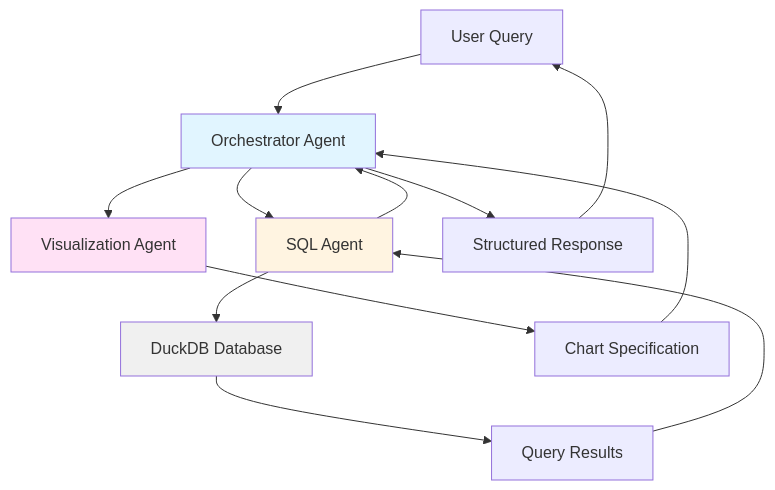
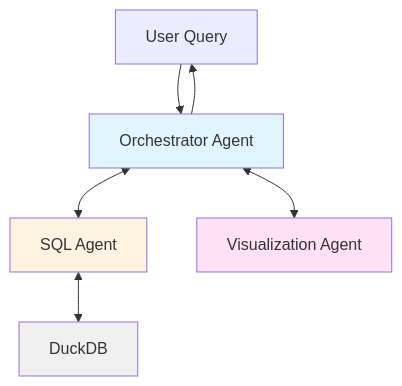
One commit to jstnck/Analytics-Agents-FastAPI-PydanticAI changed the second of 2 diagrams in README.md. Above: the diagram before and after it, drawn with Mermaid. The commit also changed other lines of this file, not shown here.

Commit message:
cleaning up agent diagram

````diff
--- a/README.md
+++ b/README.md
@@ -144,19 +144,13 @@
 ```mermaid
 graph TD
     A[User Query] --> B[Orchestrator Agent]
-    B --> C[SQL Agent]
-    C --> D[DuckDB Database]
-    D --> E[Query Results]
-    E --> C
-    C --> B
-    B --> F[Visualization Agent]
-    F --> G[Chart Specification]
-    G --> B
-    B --> H[Structured Response]
-    H --> A
+    B <--> C[SQL Agent]
+    B <--> D[Visualization Agent]
+    C <--> E[DuckDB]
+    B --> A
 
     style B fill:#e1f5ff
     style C fill:#fff4e1
-    style F fill:#ffe1f5
-    style D fill:#f0f0f0
+    style D fill:#ffe1f5
+    style E fill:#f0f0f0
 ```
````
